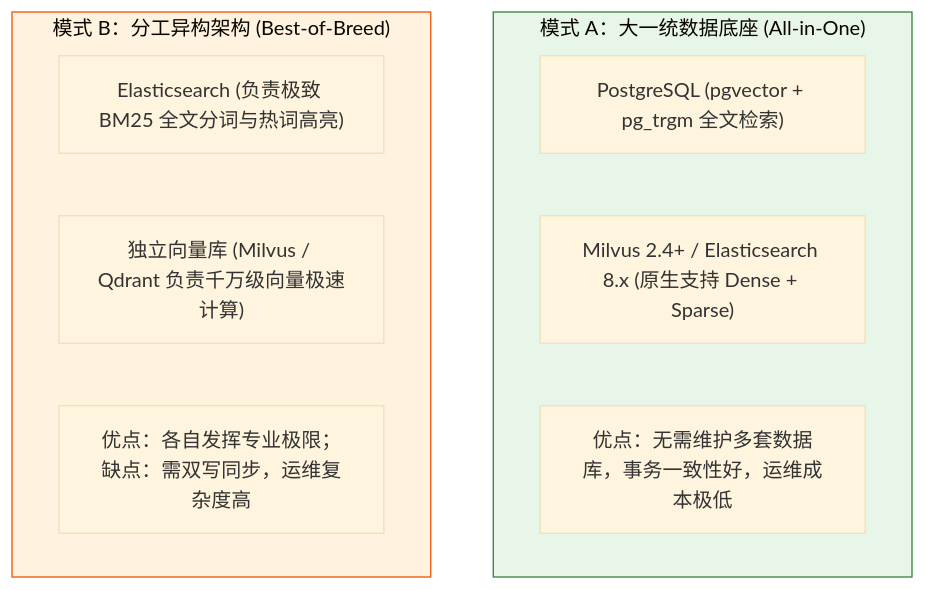
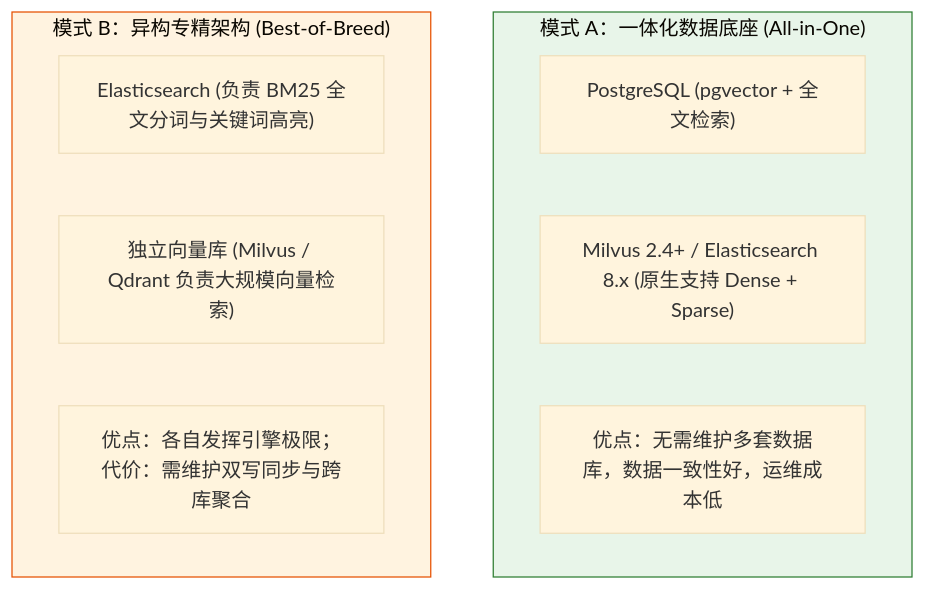
One commit to GuoWWWX/knowledge-base changed the third of 3 diagrams in 10-AI应用开发/03-知识库技术-RAG/08-混合检索-Hybrid-Search.md. Above: the diagram before and after it, drawn with Mermaid (base theme). The commit also changed other lines of this file and 251 other files, not shown here.

````diff
--- a/10-AI应用开发/03-知识库技术-RAG/08-混合检索-Hybrid-Search.md
+++ b/10-AI应用开发/03-知识库技术-RAG/08-混合检索-Hybrid-Search.md
@@ -188,17 +181,17 @@
 ```mermaid
 graph TD
-    subgraph PatternA["模式 A：大一统数据底座 (All-in-One)"]
-        P1["PostgreSQL (pgvector + pg_trgm 全文检索)"]
+    subgraph PatternA["模式 A：一体化数据底座 (All-in-One)"]
+        P1["PostgreSQL (pgvector + 全文检索)"]
         P2["Milvus 2.4+ / Elasticsearch 8.x (原生支持 Dense + Sparse)"]
-        P3["优点：无需维护多套数据库，事务一致性好，运维成本极低"]
+        P3["优点：无需维护多套数据库，数据一致性好，运维成本低"]
     end
 
-    subgraph PatternB["模式 B：分工异构架构 (Best-of-Breed)"]
-        Q1["Elasticsearch (负责极致 BM25 全文分词与热词高亮)"]
-        Q2["独立向量库 (Milvus / Qdrant 负责千万级向量极速计算)"]
-        Q3["优点：各自发挥专业极限；缺点：需双写同步，运维复杂度高"]
+    subgraph PatternB["模式 B：异构专精架构 (Best-of-Breed)"]
+        Q1["Elasticsearch (负责 BM25 全文分词与关键词高亮)"]
+        Q2["独立向量库 (Milvus / Qdrant 负责大规模向量检索)"]
+        Q3["优点：各自发挥引擎极限；代价：需维护双写同步与跨库聚合"]
     end
 
     style PatternA fill:#e8f5e9,stroke:#2e7d32,stroke-width:1px
     style PatternB fill:#fff3e0,stroke:#e65100,stroke-width:1px
 ```
````
